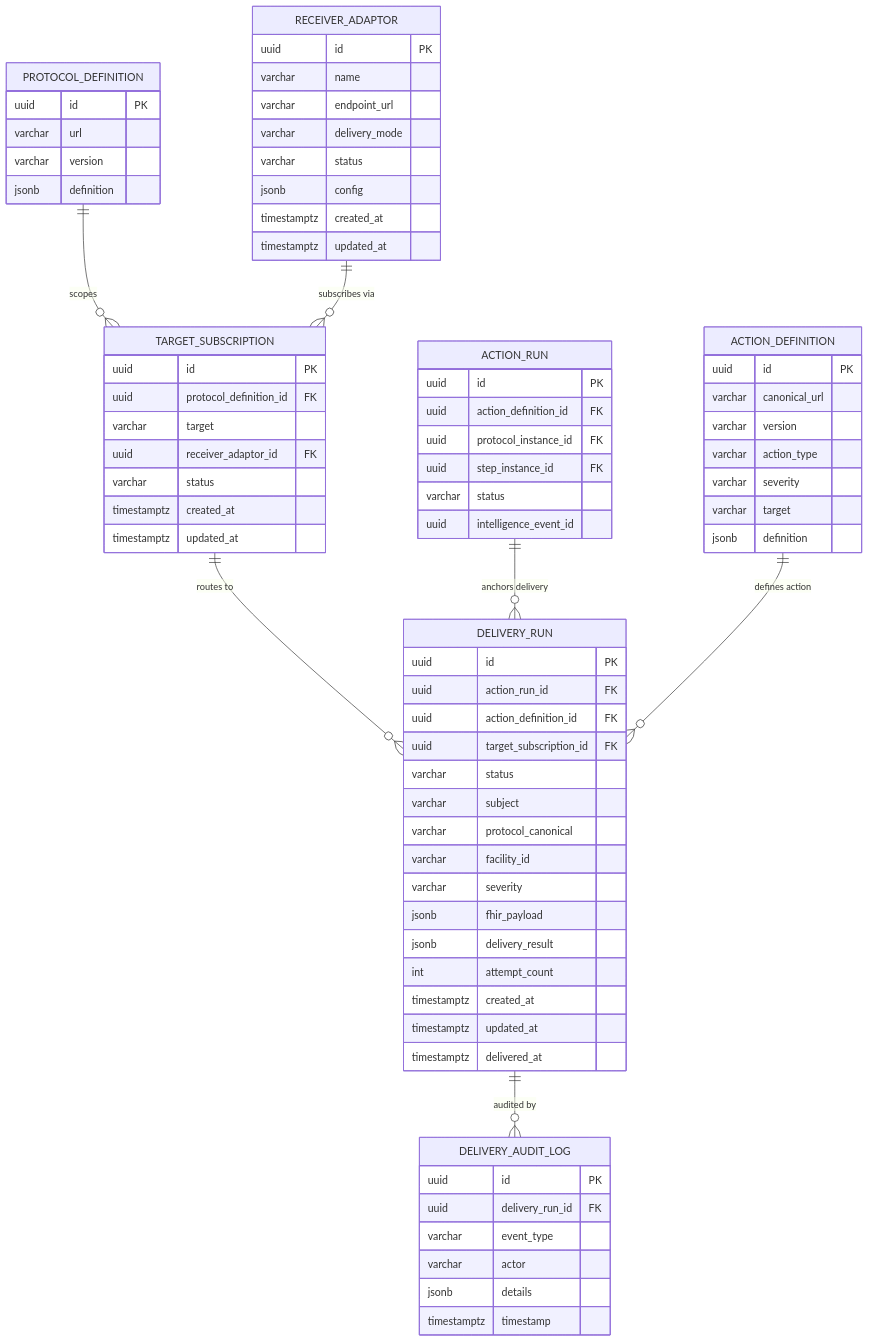
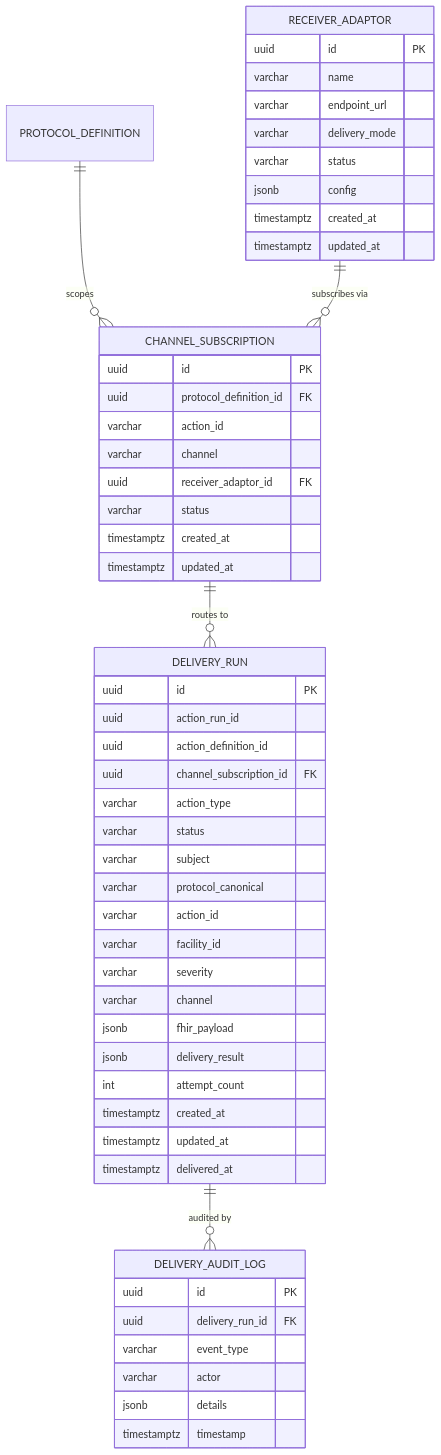
Before and after one commit to Jayaprakash8887/cce-intelligence-service: the diagram in docs/data-dictionary.md, drawn with Mermaid. The commit also changed other lines of this file and 6 other files, not shown here.

Commit message:
documentation update with channel instead of target and FHIR rep of receiver adaptors

````diff
--- a/docs/data-dictionary.md
+++ b/docs/data-dictionary.md
@@ -27,10 +27,8 @@
 ```mermaid
 erDiagram
-    PROTOCOL_DEFINITION ||--o{ TARGET_SUBSCRIPTION : "scopes"
-    RECEIVER_ADAPTOR ||--o{ TARGET_SUBSCRIPTION : "subscribes via"
-    TARGET_SUBSCRIPTION ||--o{ DELIVERY_RUN : "routes to"
-    ACTION_RUN ||--o{ DELIVERY_RUN : "anchors delivery"
-    ACTION_DEFINITION ||--o{ DELIVERY_RUN : "defines action"
+    PROTOCOL_DEFINITION ||--o{ CHANNEL_SUBSCRIPTION : "scopes"
+    RECEIVER_ADAPTOR ||--o{ CHANNEL_SUBSCRIPTION : "subscribes via"
+    CHANNEL_SUBSCRIPTION ||--o{ DELIVERY_RUN : "routes to"
     DELIVERY_RUN ||--o{ DELIVERY_AUDIT_LOG : "audited by"
 
     RECEIVER_ADAPTOR {
@@ -44,10 +42,11 @@
         timestamptz updated_at
     }
 
-    TARGET_SUBSCRIPTION {
+    CHANNEL_SUBSCRIPTION {
         uuid id PK
         uuid protocol_definition_id FK
-        varchar target
+        varchar action_id
+        varchar channel
         uuid receiver_adaptor_id FK
         varchar status
         timestamptz created_at
@@ -56,14 +55,17 @@
 
     DELIVERY_RUN {
         uuid id PK
-        uuid action_run_id FK
-        uuid action_definition_id FK
-        uuid target_subscription_id FK
+        uuid action_run_id
+        uuid action_definition_id
+        uuid channel_subscription_id FK
+        varchar action_type
         varchar status
         varchar subject
         varchar protocol_canonical
+        varchar action_id
         varchar facility_id
         varchar severity
+        varchar channel
         jsonb fhir_payload
         jsonb delivery_result
         int attempt_count
@@ -80,30 +82,4 @@
         jsonb details
         timestamptz timestamp
     }
-
-    ACTION_RUN {
-        uuid id PK
-        uuid action_definition_id FK
-        uuid protocol_instance_id FK
-        uuid step_instance_id FK
-        varchar status
-        uuid intelligence_event_id
-    }
-
-    ACTION_DEFINITION {
-        uuid id PK
-        varchar canonical_url
-        varchar version
-        varchar action_type
-        varchar severity
-        varchar target
-        jsonb definition
-    }
-
-    PROTOCOL_DEFINITION {
-        uuid id PK
-        varchar url
-        varchar version
-        jsonb definition
-    }
 ```
````
